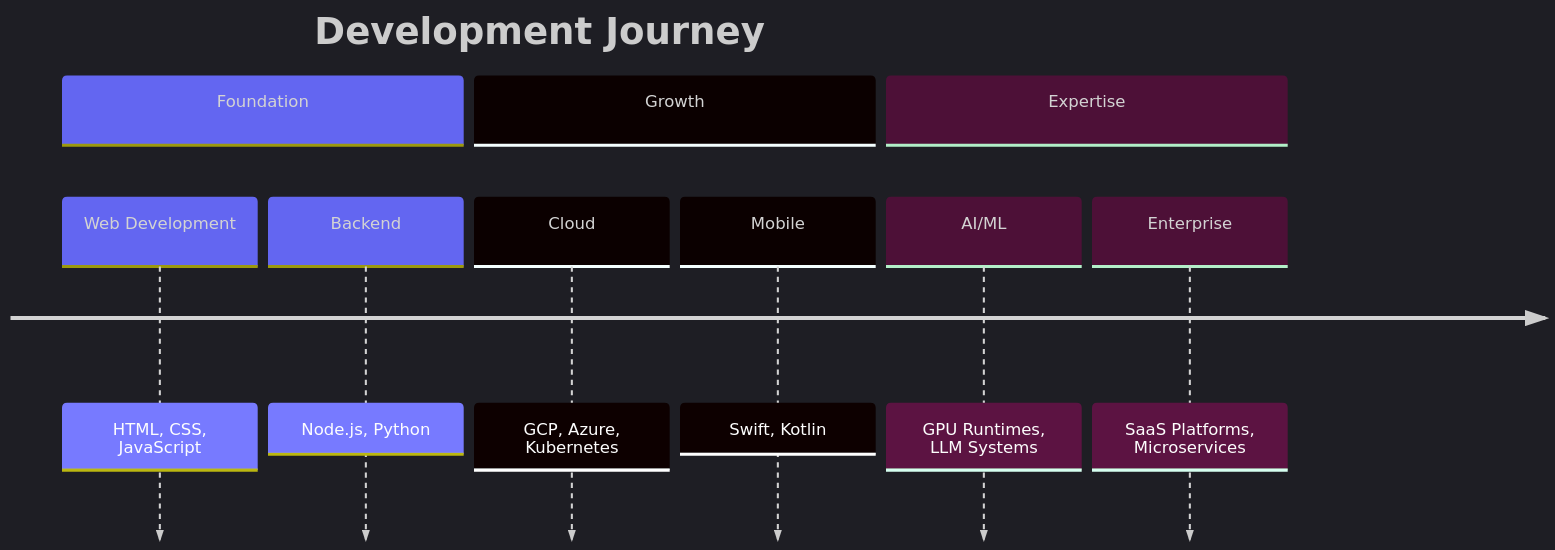
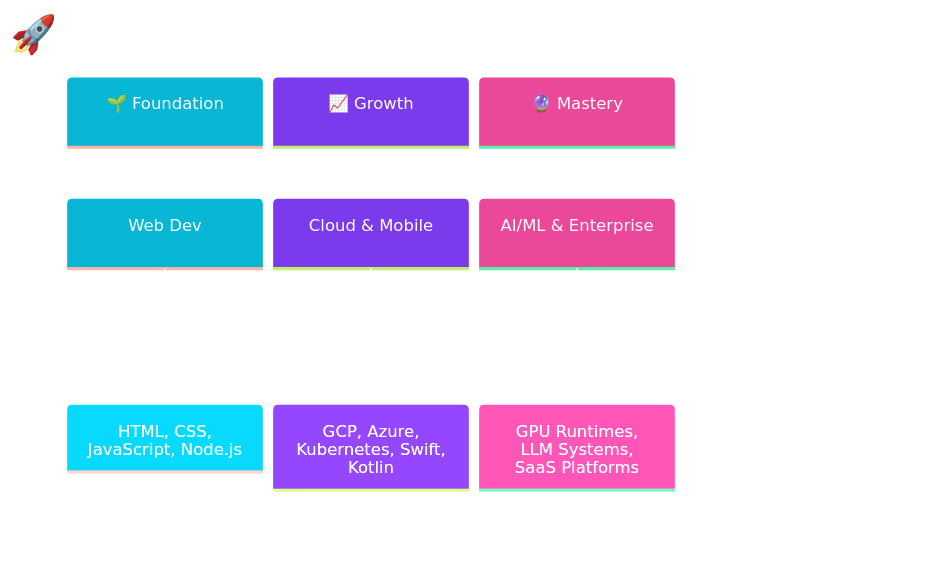
The third of 3 diagrams in README.md (yash1511-bogam/yash1511-bogam), drawn with Mermaid before and after one commit. The commit also changed other lines of this file, not shown here.

````diff
--- a/README.md
+++ b/README.md
@@ -121,14 +149,11 @@
 ```mermaid
-%%{init: {'theme': 'dark', 'themeVariables': { 'primaryColor': '#6366f1'}}}%%
+%%{init: {'theme': 'base', 'themeVariables': { 'primaryColor': '#7c3aed', 'primaryTextColor': '#ffffff', 'cScale0': '#06b6d4', 'cScale1': '#7c3aed', 'cScale2': '#ec4899'}}}%%
 timeline
-    title Development Journey
-    section Foundation
-        Web Development : HTML, CSS, JavaScript
-        Backend : Node.js, Python
-    section Growth
-        Cloud : GCP, Azure, Kubernetes
-        Mobile : Swift, Kotlin
-    section Expertise
-        AI/ML : GPU Runtimes, LLM Systems
-        Enterprise : SaaS Platforms, Microservices
+    title 🚀 Evolution
+    section 🌱 Foundation
+        Web Dev : HTML, CSS, JavaScript, Node.js
+    section 📈 Growth  
+        Cloud & Mobile : GCP, Azure, Kubernetes, Swift, Kotlin
+    section 🔮 Mastery
+        AI/ML & Enterprise : GPU Runtimes, LLM Systems, SaaS Platforms
 ```
````
